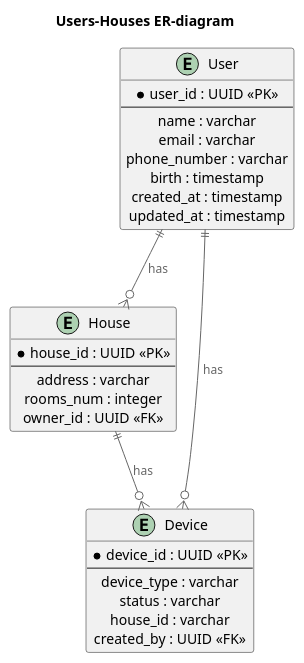
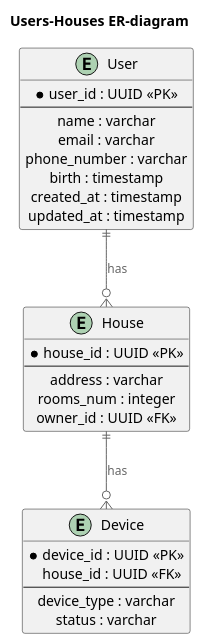
The diagram in er-users-houses.puml (a-gataullin/architecture-sprint-3), drawn with PlantUML before and after one commit. The commit also changed 301 other files, not shown here.

```diff
--- a/er-users-houses.puml
+++ b/er-users-houses.puml
@@ -1,40 +1,38 @@
 @startuml er-users-houses
 title Users-Houses ER-diagram
 
 top to bottom direction
 
 !includeurl https://raw.githubusercontent.com/RicardoNiepel/C4-PlantUML/master/C4_Component.puml
 
 entity User {
   * user_id : UUID <<PK>>
   --
   name : varchar
   email : varchar
   phone_number : varchar
   birth : timestamp
   created_at : timestamp
   updated_at : timestamp
 }
 
 entity House {
   * house_id : UUID <<PK>>
   --
   address : varchar
   rooms_num : integer
   owner_id : UUID <<FK>>
 }
 
 entity Device {
   * device_id : UUID <<PK>>
+  house_id : UUID <<FK>>
   --
   device_type : varchar
   status : varchar
-  house_id : varchar
-  created_by : UUID <<FK>>
 }
 
 User ||--o{ House : "has"
-User ||--o{ Device : "has"
 House ||--o{ Device : "has"
 
 @enduml
```
